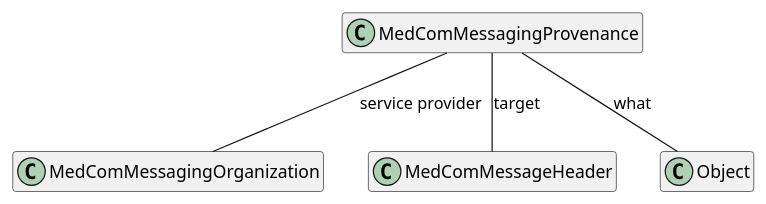
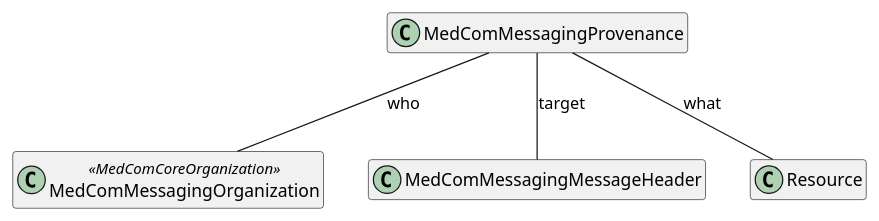
The diagram in puml/MedComMessagingProvenance.puml (medcomdk/dk-medcom), drawn with PlantUML before and after one commit. The commit also changed 19 other files, not shown here.

First line of the commit message:
Updated all UML figures

```diff
--- a/puml/MedComMessagingProvenance.puml
+++ b/puml/MedComMessagingProvenance.puml
@@ -1,14 +1,14 @@
 @startuml MedComMessagingProvenance
 
 hide empty members
 
 class "MedComMessagingProvenance" as provenance
-class "MedComMessagingOrganization" as serviceProvider
-class "MedComMessageHeader" as target
-class "Object" as what
+class "MedComMessagingOrganization" as who <<MedComCoreOrganization>>
+class "MedComMessagingMessageHeader" as target
+class "Resource" as what
 
-provenance -- serviceProvider : "service provider"
+provenance -- who : "who"
 provenance -- target : "target"
 provenance -- what : "what"
 
 @enduml
```
